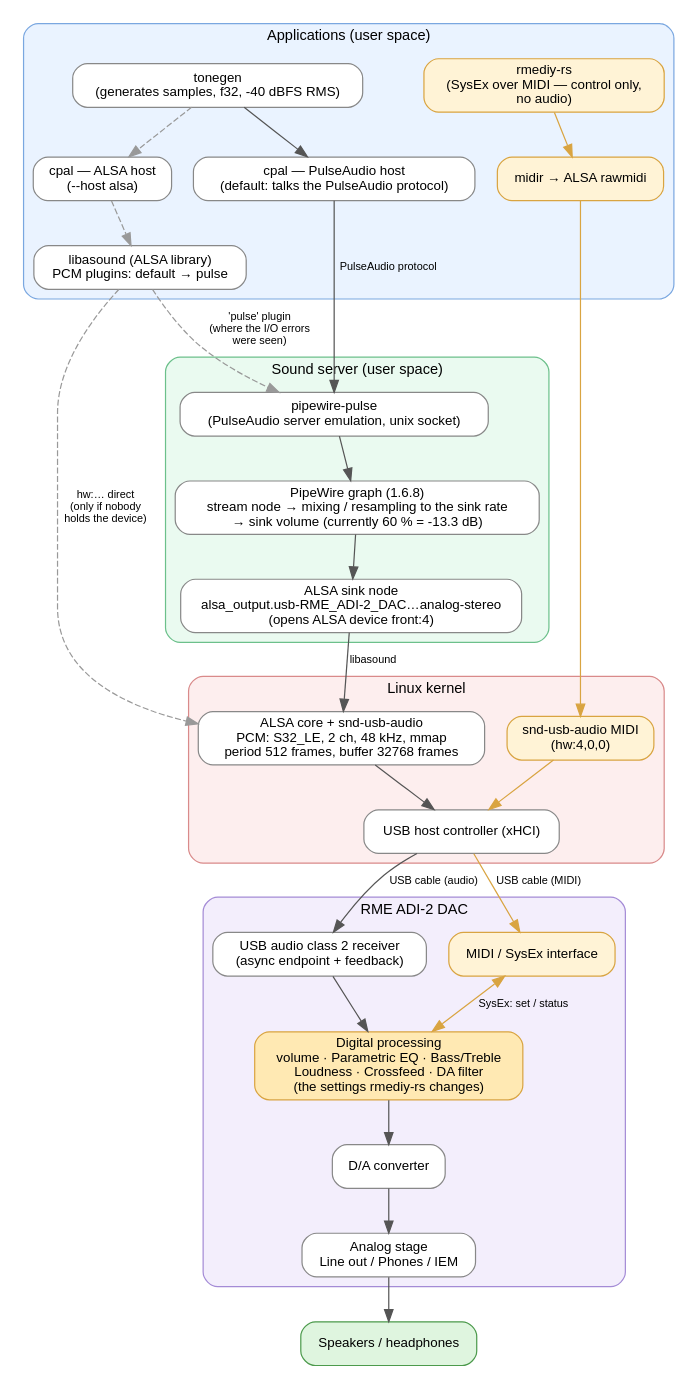
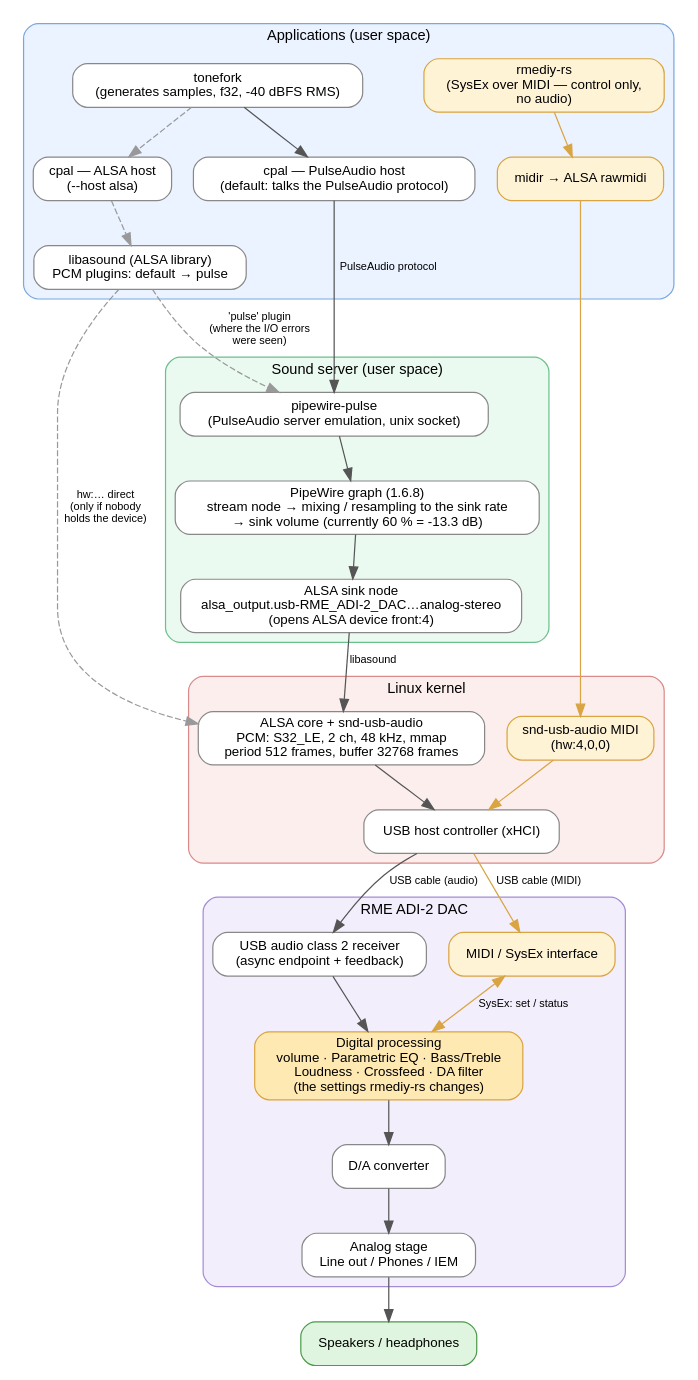
Before and after one commit to asyd/tonefork: the diagram in docs/audio-path.dot, drawn with Graphviz. The commit also changed 7 other files, not shown here.

```diff
--- a/docs/audio-path.dot
+++ b/docs/audio-path.dot
@@ -1,66 +1,66 @@
 // Render: dot -Tsvg audio-path.dot -o audio-path.svg
 digraph audio_path {
   rankdir=TB;
   fontname="Helvetica"; fontsize=12;
   node [shape=box, style="rounded,filled", fontname="Helvetica", fontsize=11, fillcolor="#f4f4f4", color="#888888"];
   edge [fontname="Helvetica", fontsize=9, color="#555555"];
   compound=true;
 
   subgraph cluster_app {
     label="Applications (user space)"; style="rounded,filled"; fillcolor="#eaf3ff"; color="#7aa7e0";
-    tonegen [label="tonegen\n(generates samples, f32, -40 dBFS RMS)", fillcolor="#ffffff"];
+    tonefork [label="tonefork\n(generates samples, f32, -40 dBFS RMS)", fillcolor="#ffffff"];
     cpal_pulse [label="cpal — PulseAudio host\n(default: talks the PulseAudio protocol)", fillcolor="#ffffff"];
     cpal_alsa [label="cpal — ALSA host\n(--host alsa)", fillcolor="#ffffff"];
     libasound [label="libasound (ALSA library)\nPCM plugins: default → pulse", fillcolor="#ffffff"];
     rmediy [label="rmediy-rs\n(SysEx over MIDI — control only,\nno audio)", fillcolor="#fff3d6", color="#d9a441"];
     midir [label="midir → ALSA rawmidi", fillcolor="#fff3d6", color="#d9a441"];
   }
 
   subgraph cluster_server {
     label="Sound server (user space)"; style="rounded,filled"; fillcolor="#eafaf0"; color="#6cc08b";
     pwpulse [label="pipewire-pulse\n(PulseAudio server emulation, unix socket)", fillcolor="#ffffff"];
     graph_ [label="PipeWire graph (1.6.8)\nstream node → mixing / resampling to the sink rate\n→ sink volume (currently 60 % = -13.3 dB)", fillcolor="#ffffff"];
     sink [label="ALSA sink node\nalsa_output.usb-RME_ADI-2_DAC…analog-stereo\n(opens ALSA device front:4)", fillcolor="#ffffff"];
   }
 
   subgraph cluster_kernel {
     label="Linux kernel"; style="rounded,filled"; fillcolor="#fdeeee"; color="#d98a8a";
     sndusb [label="ALSA core + snd-usb-audio\nPCM: S32_LE, 2 ch, 48 kHz, mmap\nperiod 512 frames, buffer 32768 frames", fillcolor="#ffffff"];
     usbmidi [label="snd-usb-audio MIDI\n(hw:4,0,0)", fillcolor="#fff3d6", color="#d9a441"];
     xhci [label="USB host controller (xHCI)", fillcolor="#ffffff"];
   }
 
   subgraph cluster_dac {
     label="RME ADI-2 DAC"; style="rounded,filled"; fillcolor="#f3eefc"; color="#a48bd6";
     usbrx [label="USB audio class 2 receiver\n(async endpoint + feedback)", fillcolor="#ffffff"];
     dsp [label="Digital processing\nvolume · Parametric EQ · Bass/Treble\nLoudness · Crossfeed · DA filter\n(the settings rmediy-rs changes)", fillcolor="#ffe9b3", color="#d9a441"];
     dac [label="D/A converter", fillcolor="#ffffff"];
     analog [label="Analog stage\nLine out / Phones / IEM", fillcolor="#ffffff"];
     midirx [label="MIDI / SysEx interface", fillcolor="#fff3d6", color="#d9a441"];
   }
 
   spk [label="Speakers / headphones", shape=box, style="rounded,filled", fillcolor="#dff5df", color="#4c9a4c"];
 
   // Default audio path
-  tonegen -> cpal_pulse;
+  tonefork -> cpal_pulse;
   cpal_pulse -> pwpulse [label="PulseAudio protocol"];
   pwpulse -> graph_;
   graph_ -> sink;
   sink -> sndusb [label="libasound"];
   sndusb -> xhci;
   xhci -> usbrx [label="USB cable (audio)"];
   usbrx -> dsp -> dac -> analog -> spk;
 
   // Alternative ALSA path
-  tonegen -> cpal_alsa [style=dashed, color="#999999"];
+  tonefork -> cpal_alsa [style=dashed, color="#999999"];
   cpal_alsa -> libasound [style=dashed, color="#999999"];
   libasound -> pwpulse [style=dashed, color="#999999", label="'pulse' plugin\n(where the I/O errors\nwere seen)"];
   libasound -> sndusb [style=dashed, color="#999999", label="hw:… direct\n(only if nobody\nholds the device)"];
 
   // Control path
   rmediy -> midir [color="#d9a441"];
   midir -> usbmidi [color="#d9a441"];
   usbmidi -> xhci [color="#d9a441"];
   xhci -> midirx [color="#d9a441", label="USB cable (MIDI)"];
   midirx -> dsp [color="#d9a441", label="SysEx: set / status", dir=both];
 }
```
